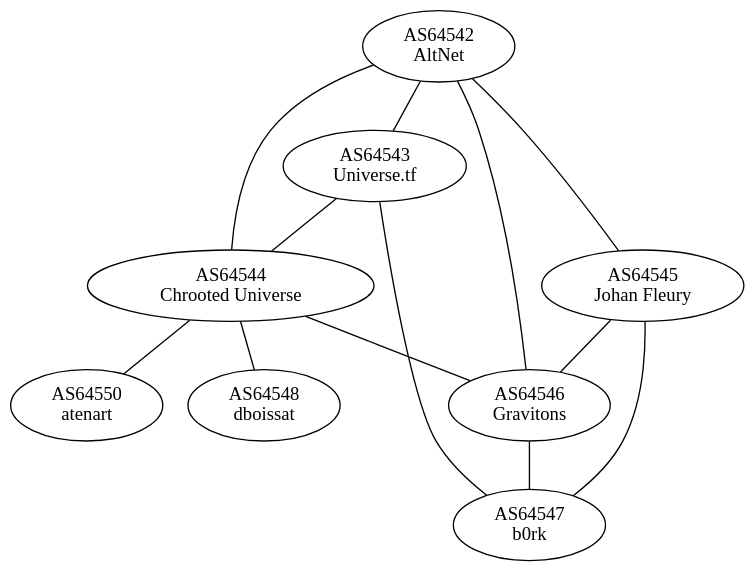
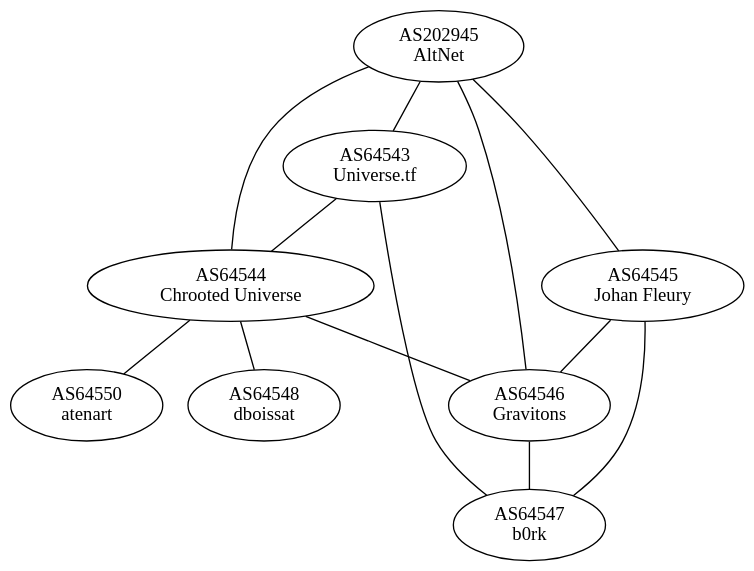
Before and after one commit to GLaNET/resources: the diagram in as-graph.dot, drawn with Graphviz.

Commit message:
Changing AltNet ASN

```diff
--- a/as-graph.dot
+++ b/as-graph.dot
@@ -1,31 +1,31 @@
 graph GLaNET
 {
         edge [len=2];
         graph [bgcolor=transparent]
 
-        AS64542 [label="AS64542\nAltNet"];
         AS64543 [label="AS64543\nUniverse.tf"];
         AS64544 [label="AS64544\nChrooted Universe"];
         AS64545 [label="AS64545\nJohan Fleury"];
         AS64546 [label="AS64546\nGravitons"];
         AS64547 [label="AS64547\nb0rk"];
         AS64548 [label="AS64548\ndboissat"];
         AS64550 [label="AS64550\natenart"];
+        AS202945 [label="AS202945\nAltNet"];
 
-        AS64542 -- AS64543;
-        AS64542 -- AS64544;
-        AS64542 -- AS64545;
-        AS64542 -- AS64546;
+        AS202945 -- AS64543;
+        AS202945 -- AS64544;
+        AS202945 -- AS64545;
+        AS202945 -- AS64546;
 
         AS64543 -- AS64544;
         AS64543 -- AS64547;
 
         AS64544 -- AS64546;
         AS64544 -- AS64548;
         AS64544 -- AS64550;
 
         AS64545 -- AS64546;
         AS64545 -- AS64547;
 
         AS64546 -- AS64547;
 }
```
